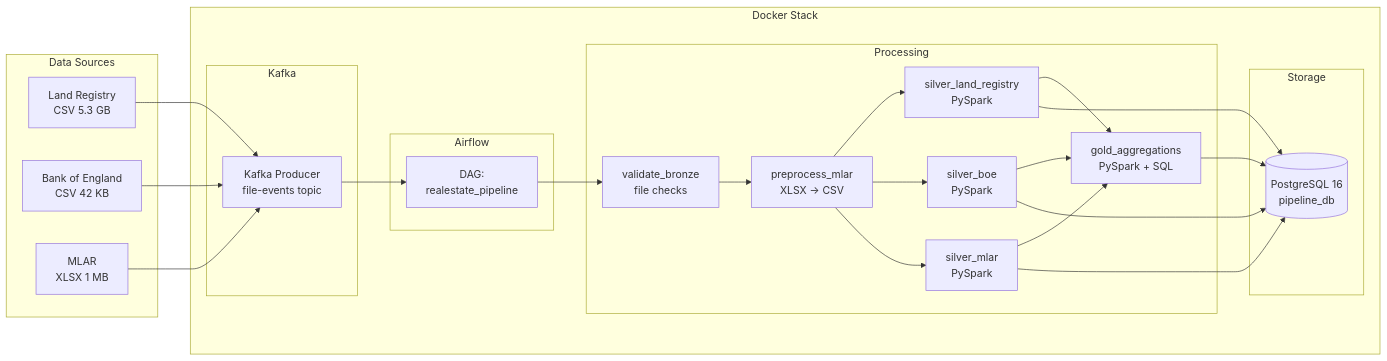
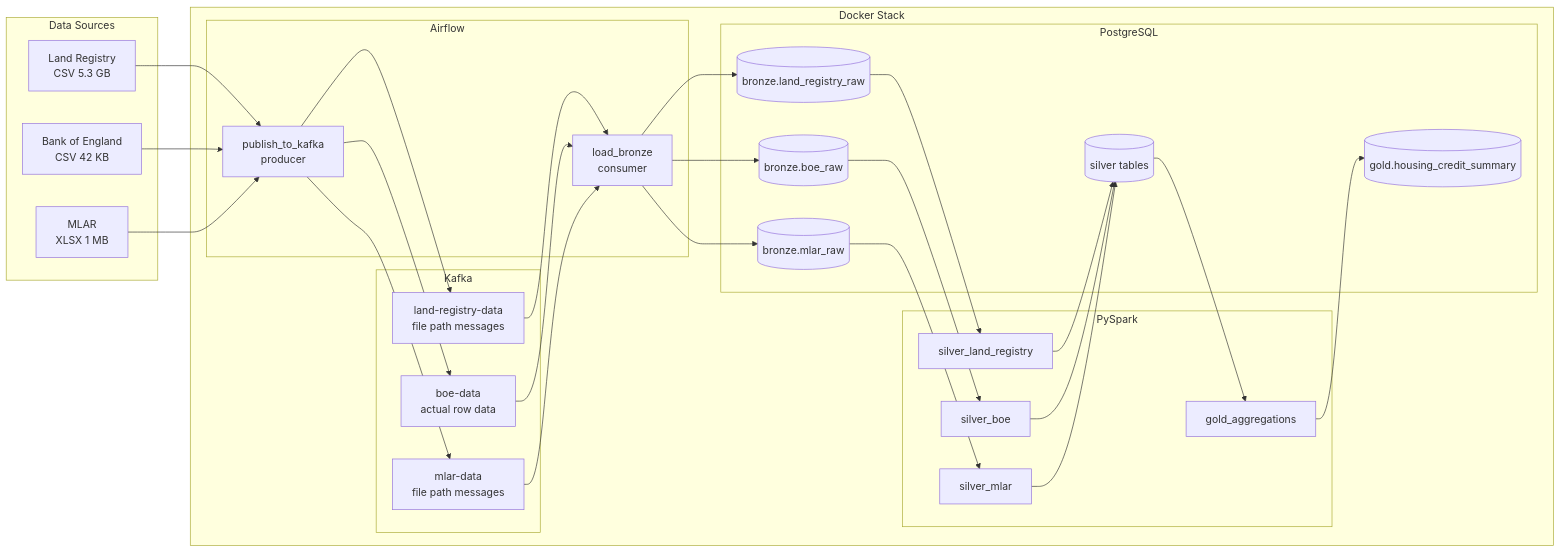
One commit to s24350/realestate-pipeline changed the diagram in README.md. Above: the diagram before and after it, drawn with Mermaid. The commit also changed other lines of this file and 2 other files, not shown here.

````diff
--- a/README.md
+++ b/README.md
@@ -76,43 +78,47 @@
 ```mermaid
 graph LR
     subgraph Data Sources
         LR[Land Registry<br/>CSV 5.3 GB]
         BOE[Bank of England<br/>CSV 42 KB]
         MLAR_X[MLAR<br/>XLSX 1 MB]
     end
 
     subgraph Docker Stack
         subgraph Kafka
-            KP[Kafka Producer<br/>file-events topic]
+            T1[land-registry-data<br/>file path messages]
+            T2[boe-data<br/>actual row data]
+            T3[mlar-data<br/>file path messages]
         end
 
         subgraph Airflow
-            DAG[DAG:<br/>realestate_pipeline]
+            PROD[publish_to_kafka<br/>producer]
+            CONS[load_bronze<br/>consumer]
         end
 
-        subgraph Processing
-            VAL[validate_bronze<br/>file checks]
-            PREP[preprocess_mlar<br/>XLSX → CSV]
-            S_LR[silver_land_registry<br/>PySpark]
-            S_BOE[silver_boe<br/>PySpark]
-            S_MLAR[silver_mlar<br/>PySpark]
-            GOLD[gold_aggregations<br/>PySpark + SQL]
+        subgraph PySpark
+            S_LR[silver_land_registry]
+            S_BOE[silver_boe]
+            S_MLAR[silver_mlar]
+            GOLD[gold_aggregations]
         end
 
-        subgraph Storage
-            PG[(PostgreSQL 16<br/>pipeline_db)]
+        subgraph PostgreSQL
+            B_LR[(bronze.land_registry_raw)]
+            B_BOE[(bronze.boe_raw)]
+            B_MLAR[(bronze.mlar_raw)]
+            S_T[(silver tables)]
+            G_T[(gold.housing_credit_summary)]
         end
     end
 
-    LR --> KP
-    BOE --> KP
-    MLAR_X --> KP
-    KP --> DAG
-    DAG --> VAL --> PREP
-    PREP --> S_LR & S_BOE & S_MLAR
-    S_LR & S_BOE & S_MLAR --> GOLD
-    S_LR --> PG
-    S_BOE --> PG
-    S_MLAR --> PG
-    GOLD --> PG
+    LR --> PROD
+    BOE --> PROD
+    MLAR_X --> PROD
+    PROD --> T1 & T2 & T3
+    T1 & T2 & T3 --> CONS
+    CONS --> B_LR & B_BOE & B_MLAR
+    B_LR --> S_LR --> S_T
+    B_BOE --> S_BOE --> S_T
+    B_MLAR --> S_MLAR --> S_T
+    S_T --> GOLD --> G_T
 ```
````
